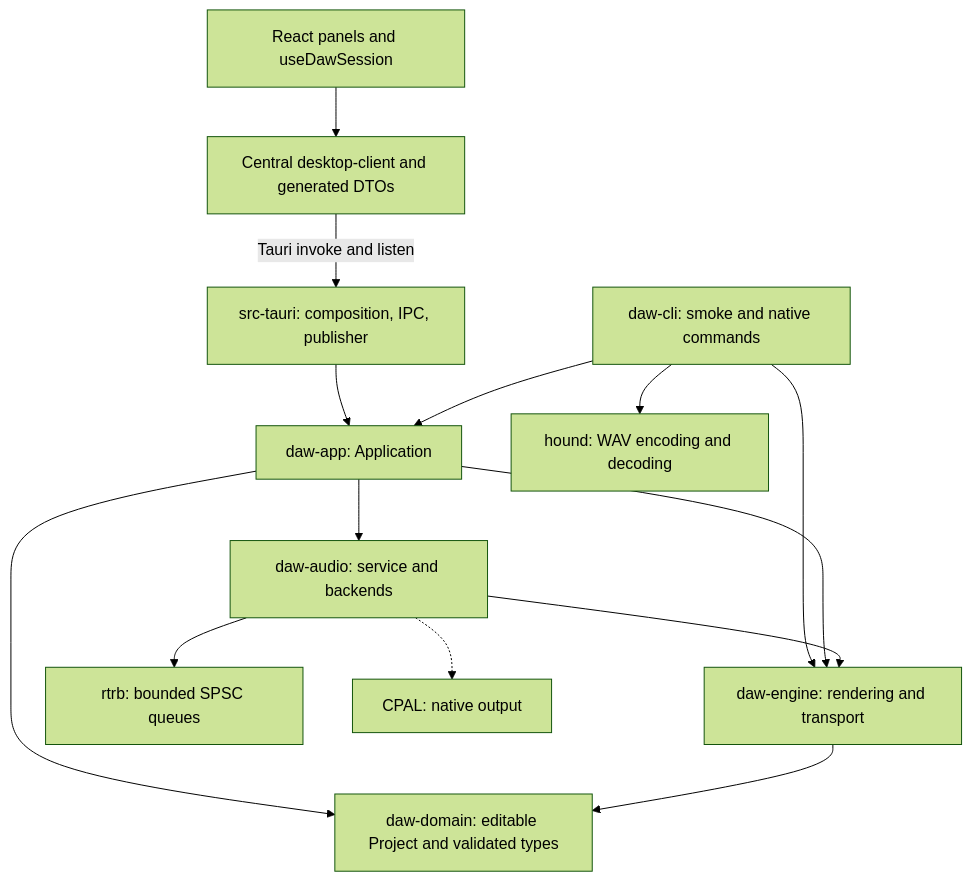
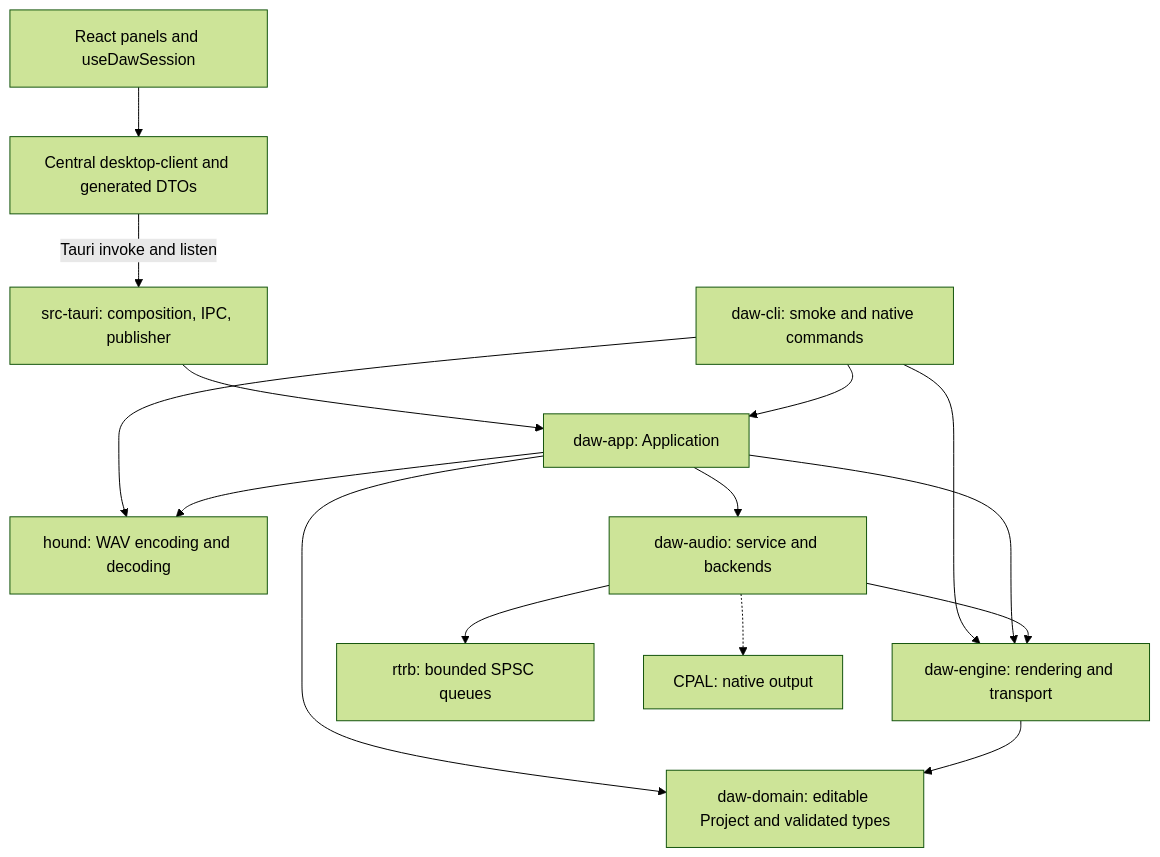
One commit to YoZaiKK/AudioMOTORR changed the first of 2 diagrams in docs/architecture.md. Above: the diagram before and after it, drawn with Mermaid (forest theme). The commit also changed other lines of this file and 81 other files, not shown here.

First line of the commit message:
feat(daw): add sequencer desktop, portable projects and beat export

````diff
--- a/docs/architecture.md
+++ b/docs/architecture.md
@@ -34,16 +49,17 @@
 ```mermaid
 flowchart TD
     React[React panels and useDawSession] --> Client[Central desktop-client and generated DTOs]
     Client -->|Tauri invoke and listen| Desktop[src-tauri: composition, IPC, publisher]
     Desktop --> App[daw-app: Application]
     CLI[daw-cli: smoke and native commands] --> App
     CLI --> Engine[daw-engine: rendering and transport]
     CLI --> Hound[hound: WAV encoding and decoding]
+    App --> Hound
     App --> Audio[daw-audio: service and backends]
     App --> Engine
     App --> Domain[daw-domain: editable Project and validated types]
     Audio --> Engine
     Engine --> Domain
     Audio --> RTRB[rtrb: bounded SPSC queues]
     Audio -.-> CPAL[CPAL: native output]
 ```
````
